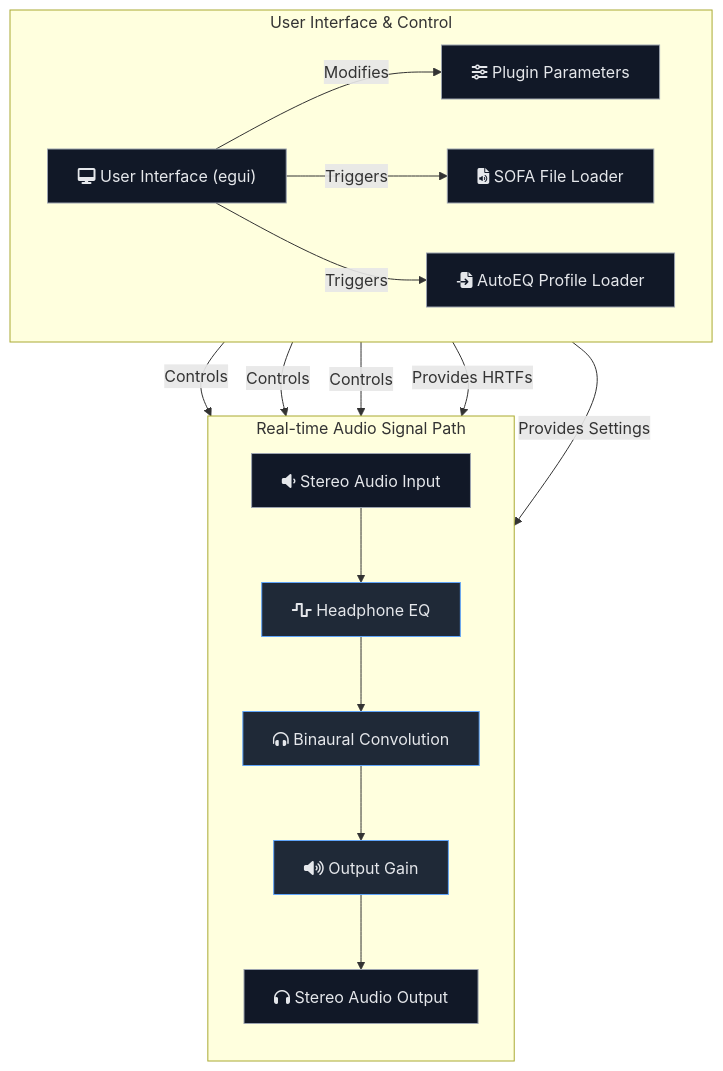
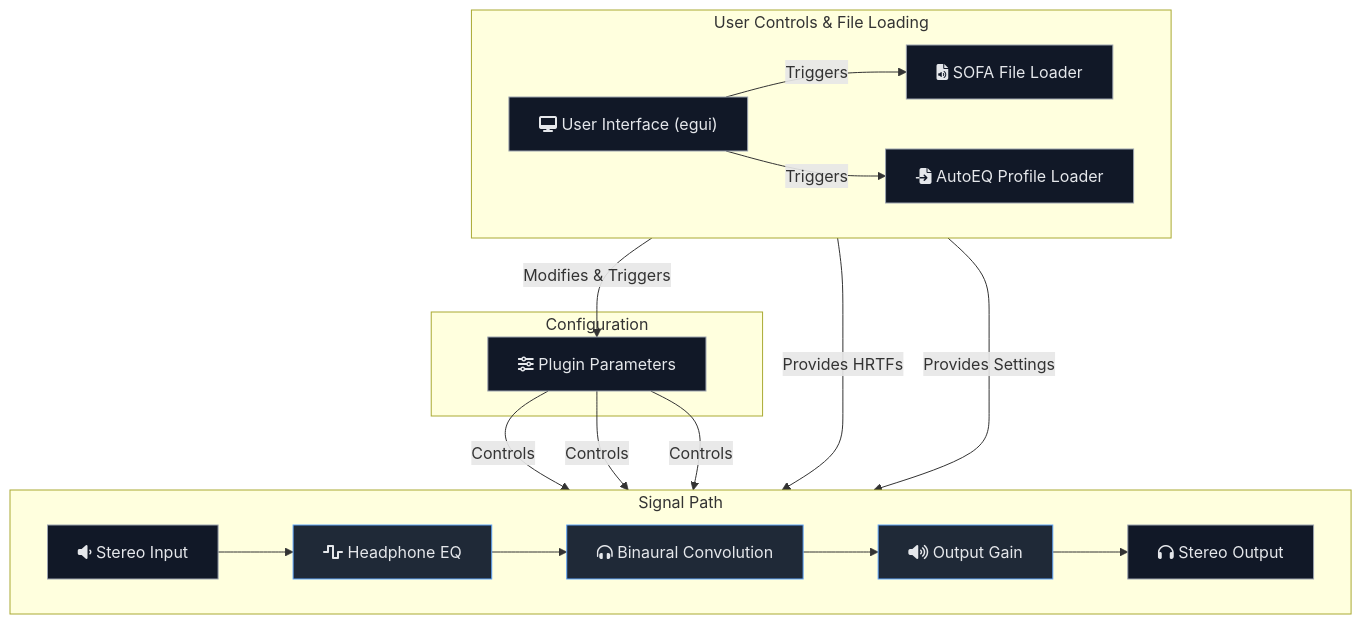
One commit to KiloHertzian/Open-Headstage changed the diagram in README.md. Above: the diagram before and after it, drawn with Mermaid.

Commit message:
docs(readme): Improve signal path diagram layout
The previous Mermaid diagram was visually cluttered. This commit refactors the diagram's structure to create a clear, top-down flow.

- Separates the "User Controls" and "Configuration" from the "Signal Path".
- Uses a horizontal layout for the signal path to better represent the flow of audio.
- Improves overall readability and makes the architecture easier to understand.

````diff
--- a/README.md
+++ b/README.md
@@ -39,41 +39,40 @@
 ```mermaid
 graph TD
-    subgraph "User Interface & Control"
+    %% ---- Control Plane ----
+    subgraph "User Controls & File Loading"
         direction LR
         UI["fa:fa-desktop User Interface (egui)"]
-        Params["fa:fa-sliders-h Plugin Parameters"]
         SofaLoader["fa:fa-file-audio SOFA File Loader"]
         AutoEqLoader["fa:fa-file-import AutoEQ Profile Loader"]
-
-        UI -- "Modifies" --> Params
-        UI -- "Triggers" --> SofaLoader
-        UI -- "Triggers" --> AutoEqLoader
     end
 
-    subgraph "Real-time Audio Signal Path"
-        direction TB
-        Input["fa:fa-volume-down Stereo Audio Input"]
-        EQ["fa:fa-wave-square Headphone EQ"]
-        Conv["fa:fa-headphones-alt Binaural Convolution"]
-        Gain["fa:fa-volume-up Output Gain"]
-        Output["fa:fa-headphones Stereo Audio Output"]
-
-        Input --> EQ --> Conv --> Gain --> Output
+    subgraph "Configuration"
+        Params["fa:fa-sliders-h Plugin Parameters"]
     end
 
-    %% Connections between subgraphs
+    UI -- "Modifies & Triggers" --> Params
+    UI -- "Triggers" --> SofaLoader
+    UI -- "Triggers" --> AutoEqLoader
+
+    %% ---- Real-time Audio Signal Path ----
+    subgraph "Signal Path"
+        direction LR
+        Input["fa:fa-volume-down Stereo Input"] --> EQ["fa:fa-wave-square Headphone EQ"] --> Conv["fa:fa-headphones-alt Binaural Convolution"] --> Gain["fa:fa-volume-up Output Gain"] --> Output["fa:fa-headphones Stereo Output"]
+    end
+
+    %% ---- Control Connections to Signal Path ----
     Params -- "Controls" --> EQ
     Params -- "Controls" --> Conv
     Params -- "Controls" --> Gain
     SofaLoader -- "Provides HRTFs" --> Conv
     AutoEqLoader -- "Provides Settings" --> EQ
 
-    %% Styling
+    %% ---- Styling ----
     classDef dsp fill:#1f2937,stroke:#60a5fa,color:#e5e7eb
     classDef io fill:#111827,stroke:#9ca3af,color:#e5e7eb
     classDef control fill:#111827,stroke:#9ca3af,color:#e5e7eb
 
     class Input,Output io
     class EQ,Conv,Gain dsp
     class UI,Params,SofaLoader,AutoEqLoader control
 ```
````
